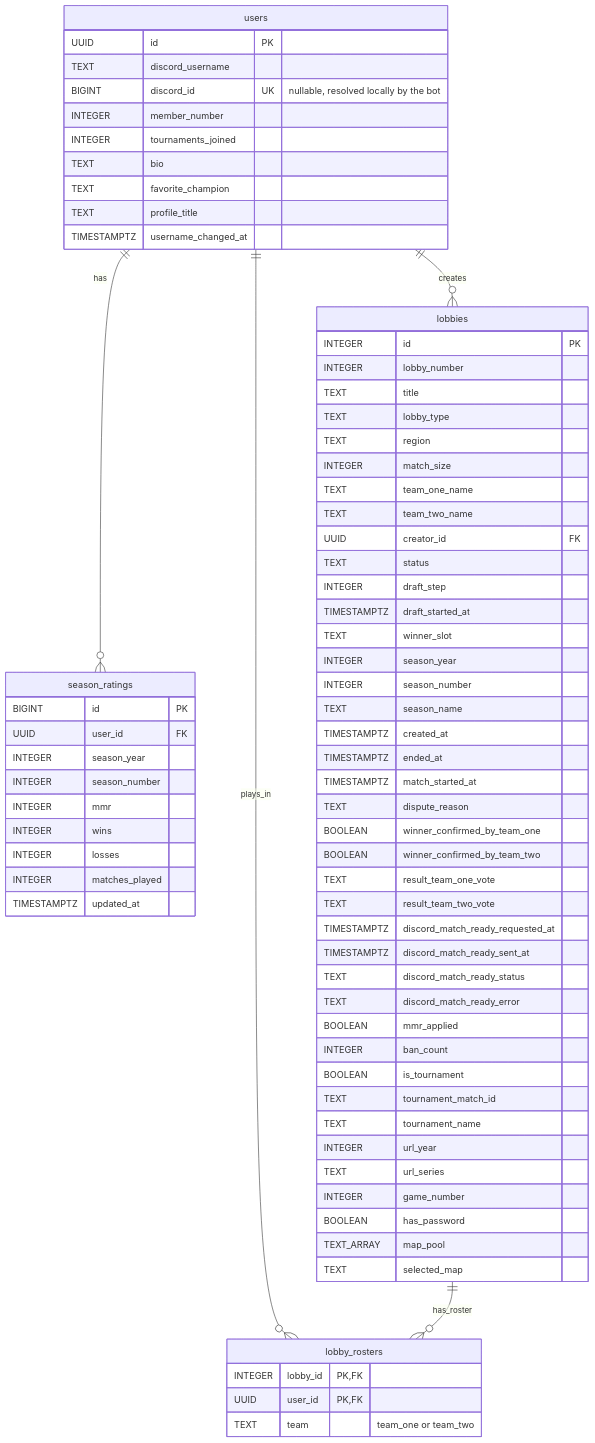
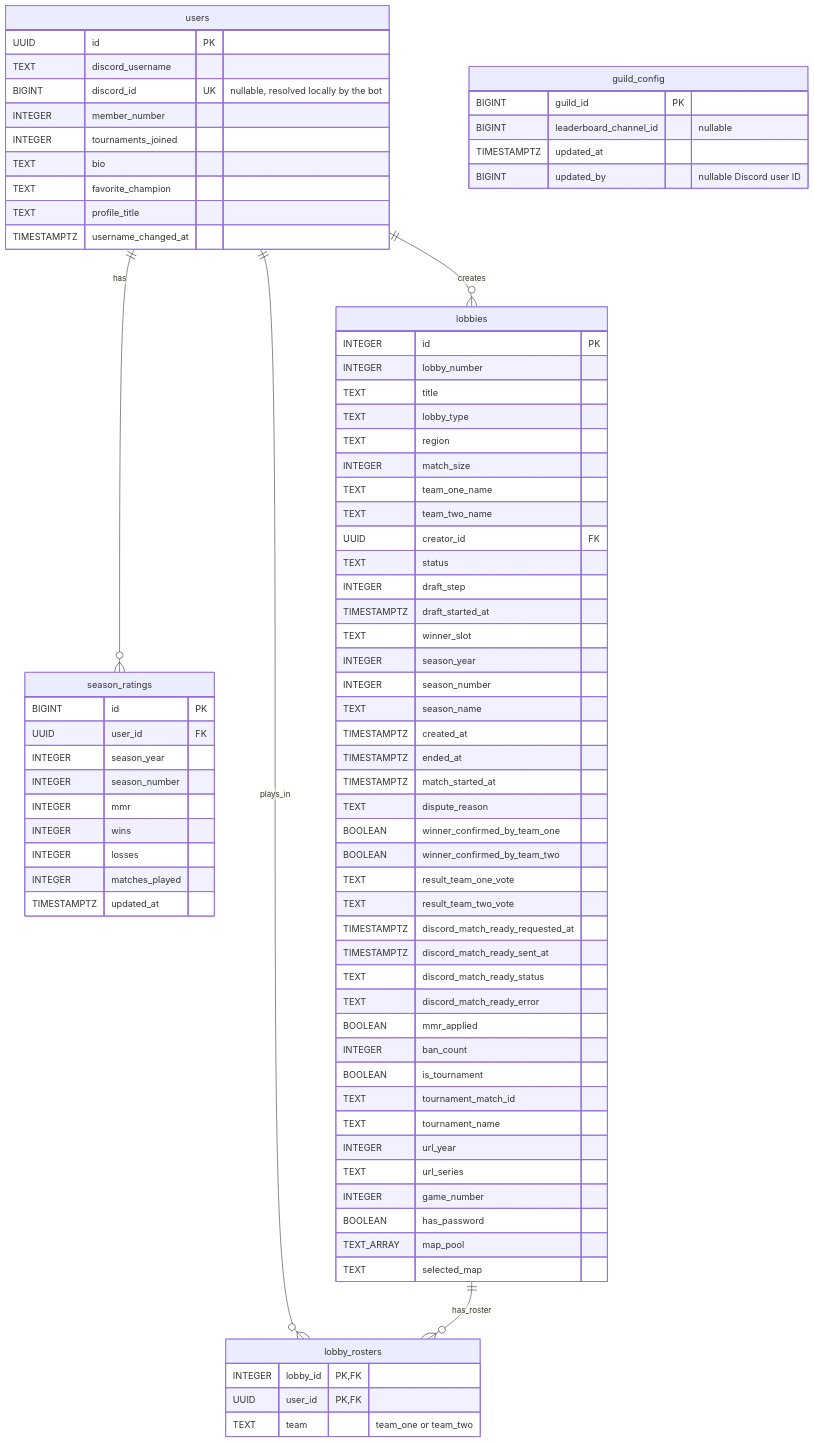
The diagram in SCHEMA.md (BattleVive/discord-bot), drawn with Mermaid before and after one commit. The commit also changed other lines of this file and 12 other files, not shown here.

```diff
--- a/SCHEMA.md
+++ b/SCHEMA.md
@@ -4,6 +4,12 @@
     users ||--o{ lobbies : creates
     users ||--o{ lobby_rosters : plays_in
     lobbies ||--o{ lobby_rosters : has_roster
+    guild_config {
+        BIGINT guild_id PK
+        BIGINT leaderboard_channel_id "nullable"
+        TIMESTAMPTZ updated_at
+        BIGINT updated_by "nullable Discord user ID"
+    }
 
     users {
         UUID id PK
```
